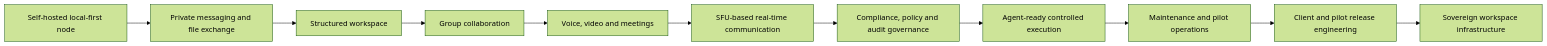
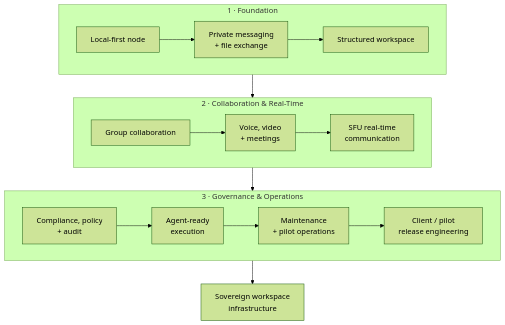
One commit to Zetako-Compression-Lab/Znode-sovereign-workspace-infrastructure changed the diagram in README.md. Above: the diagram before and after it, drawn with Mermaid (forest theme). The commit also changed other lines of this file, not shown here.

Commit message:
Improve product evolution diagram

````diff
--- a/README.md
+++ b/README.md
@@ -21,13 +21,21 @@
 ```mermaid
-flowchart LR
-    A[Self-hosted local-first node] --> B[Private messaging and file exchange]
-    B --> C[Structured workspace]
-    C --> D[Group collaboration]
-    D --> E[Voice, video and meetings]
-    E --> F[SFU-based real-time communication]
-    F --> G[Compliance, policy and audit governance]
-    G --> H[Agent-ready controlled execution]
-    H --> I[Maintenance and pilot operations]
-    I --> J[Client and pilot release engineering]
-    J --> K[Sovereign workspace infrastructure]
+flowchart TB
+    subgraph P1["1 · Foundation"]
+        direction LR
+        A["Local-first node"] --> B["Private messaging<br/>+ file exchange"] --> C["Structured workspace"]
+    end
+
+    subgraph P2["2 · Collaboration & Real-Time"]
+        direction LR
+        D["Group collaboration"] --> E["Voice, video<br/>+ meetings"] --> F["SFU real-time<br/>communication"]
+    end
+
+    subgraph P3["3 · Governance & Operations"]
+        direction LR
+        G["Compliance, policy<br/>+ audit"] --> H["Agent-ready<br/>execution"] --> I["Maintenance<br/>+ pilot operations"] --> J["Client / pilot<br/>release engineering"]
+    end
+
+    C --> D
+    F --> G
+    J --> K["Sovereign workspace<br/>infrastructure"]
 ```
````
